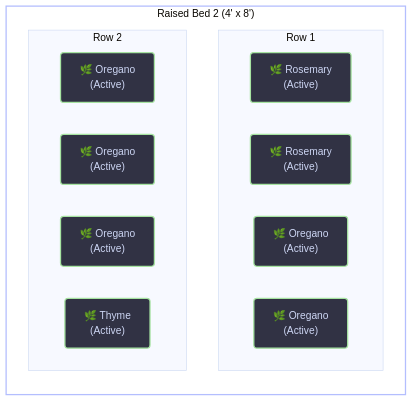
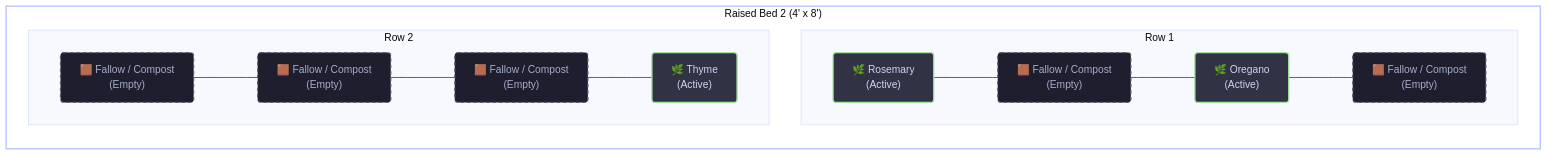
The diagram in docs/beds/raised-bed-2.md (nicholaswilde/gardening), drawn with Mermaid (base theme) before and after one commit. The commit also changed other lines of this file and 11 other files, not shown here.

````diff
--- a/docs/beds/raised-bed-2.md
+++ b/docs/beds/raised-bed-2.md
@@ -14,39 +15,28 @@
 ```mermaid
 flowchart TD
     subgraph Bed ["Raised Bed 2 (4' x 8')"]
         direction TB
         subgraph Row1 ["Row 1"]
             direction LR
-            cell1_1["🌿 Rosemary<br>(Active)"]
-            cell1_2["🌿 Rosemary<br>(Active)"]
-            cell1_3["🌿 Oregano<br>(Active)"]
-            cell1_4["🌿 Oregano<br>(Active)"]
+            cell1_1["🌿 Rosemary<br>(Active)"] --- cell1_2["🟫 Fallow / Compost<br>(Empty)"] --- cell1_3["🌿 Oregano<br>(Active)"] --- cell1_4["🟫 Fallow / Compost<br>(Empty)"]
         end
         subgraph Row2 ["Row 2"]
             direction LR
-            cell2_1["🌿 Oregano<br>(Active)"]
-            cell2_2["🌿 Oregano<br>(Active)"]
-            cell2_3["🌿 Oregano<br>(Active)"]
-            cell2_4["🌿 Thyme<br>(Active)"]
+            cell2_1["🟫 Fallow / Compost<br>(Empty)"] --- cell2_2["🟫 Fallow / Compost<br>(Empty)"] --- cell2_3["🟫 Fallow / Compost<br>(Empty)"] --- cell2_4["🌿 Thyme<br>(Active)"]
         end
     end
 
     style Bed fill:transparent,stroke:#b4befe,stroke-width:2px
     style cell1_1 fill:#313244,stroke:#a6e3a1,stroke-width:2px,color:#cdd6f4,rx:5,ry:5
-    style cell1_2 fill:#313244,stroke:#a6e3a1,stroke-width:2px,color:#cdd6f4,rx:5,ry:5
+    style cell1_2 fill:#1e1e2e,stroke:#585b70,stroke-width:2px,color:#a6adc8,stroke-dasharray: 5 5,rx:5,ry:5
     style cell1_3 fill:#313244,stroke:#a6e3a1,stroke-width:2px,color:#cdd6f4,rx:5,ry:5
-    style cell1_4 fill:#313244,stroke:#a6e3a1,stroke-width:2px,color:#cdd6f4,rx:5,ry:5
-    style cell2_1 fill:#313244,stroke:#a6e3a1,stroke-width:2px,color:#cdd6f4,rx:5,ry:5
-    style cell2_2 fill:#313244,stroke:#a6e3a1,stroke-width:2px,color:#cdd6f4,rx:5,ry:5
-    style cell2_3 fill:#313244,stroke:#a6e3a1,stroke-width:2px,color:#cdd6f4,rx:5,ry:5
+    style cell1_4 fill:#1e1e2e,stroke:#585b70,stroke-width:2px,color:#a6adc8,stroke-dasharray: 5 5,rx:5,ry:5
+    style cell2_1 fill:#1e1e2e,stroke:#585b70,stroke-width:2px,color:#a6adc8,stroke-dasharray: 5 5,rx:5,ry:5
+    style cell2_2 fill:#1e1e2e,stroke:#585b70,stroke-width:2px,color:#a6adc8,stroke-dasharray: 5 5,rx:5,ry:5
+    style cell2_3 fill:#1e1e2e,stroke:#585b70,stroke-width:2px,color:#a6adc8,stroke-dasharray: 5 5,rx:5,ry:5
     style cell2_4 fill:#313244,stroke:#a6e3a1,stroke-width:2px,color:#cdd6f4,rx:5,ry:5
 
     click cell1_1 "../plants/rosemary.md" "Rosemary Profile"
-    click cell1_2 "../plants/rosemary.md" "Rosemary Profile"
     click cell1_3 "../plants/oregano.md" "Oregano Profile"
-    click cell1_4 "../plants/oregano.md" "Oregano Profile"
-    click cell2_1 "../plants/oregano.md" "Oregano Profile"
-    click cell2_2 "../plants/oregano.md" "Oregano Profile"
-    click cell2_3 "../plants/oregano.md" "Oregano Profile"
     click cell2_4 "../plants/thyme.md" "Thyme Profile"
 ```
````
